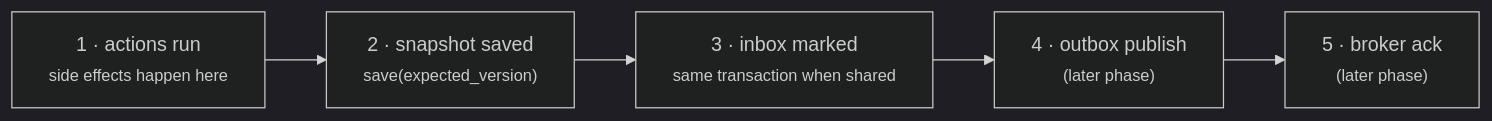
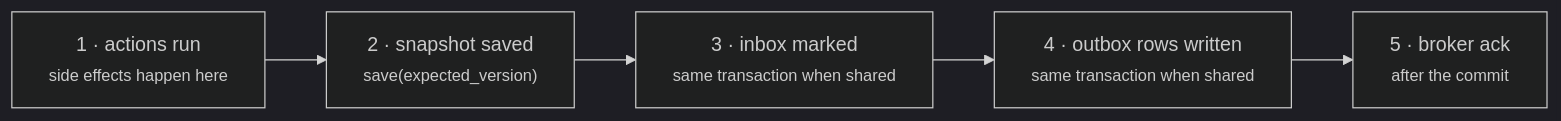
The diagram in docs/_guide/guarantees.md (basiltt/xstate-statemachine), drawn with Mermaid (dark theme) before and after one commit. The commit also changed other lines of this file and 28 other files, not shown here.

````diff
--- a/docs/_guide/guarantees.md
+++ b/docs/_guide/guarantees.md
@@ -14,7 +14,7 @@
 ```mermaid
 flowchart LR
     A["1 · actions run<br/><small>side effects happen here</small>"] --> B["2 · snapshot saved<br/><small>save(expected_version)</small>"]
     B --> C["3 · inbox marked<br/><small>same transaction when shared</small>"]
-    C --> D["4 · outbox publish<br/><small>(later phase)</small>"]
-    D --> E["5 · broker ack<br/><small>(later phase)</small>"]
+    C --> D["4 · outbox rows written<br/><small>same transaction when shared</small>"]
+    D --> E["5 · broker ack<br/><small>after the commit</small>"]
 ```
````
